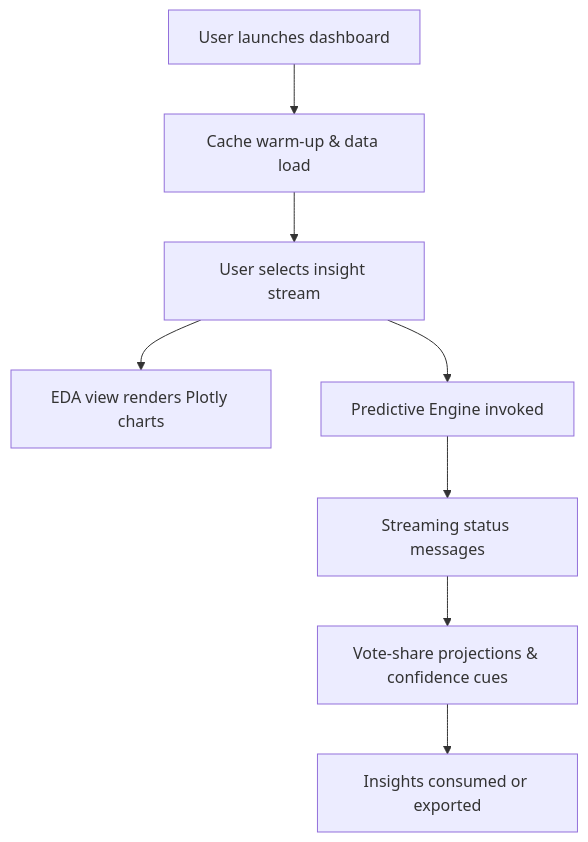
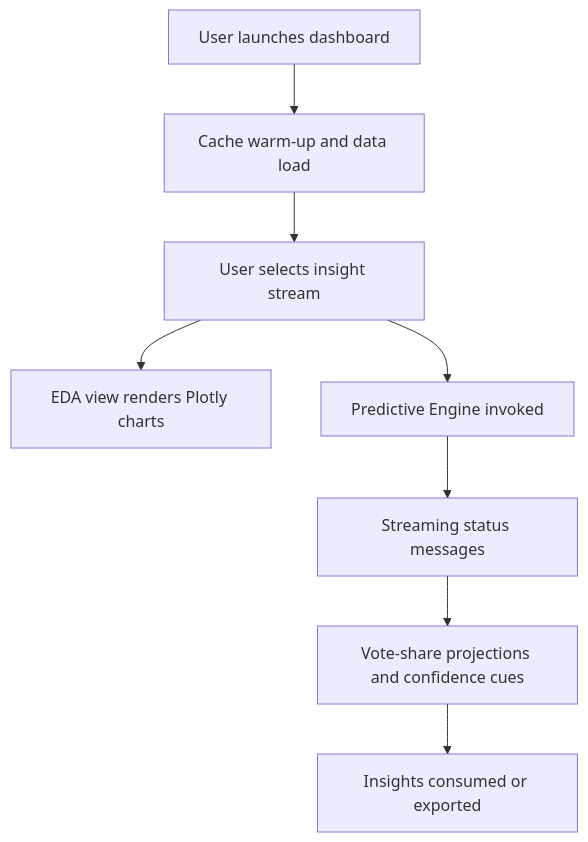
One commit to Dhruvil1308/Khushi_Election-Analysis-Readme.md changed the second of 2 diagrams in README.md. Above: the diagram before and after it, drawn with Mermaid. The commit also changed other lines of this file, not shown here.

Commit message:
Refine flowchart labels in README.md
Updated flowchart labels for clarity and consistency.

````diff
--- a/README.md
+++ b/README.md
@@ -144,10 +144,10 @@
 ```mermaid
 flowchart TD
-    start[User launches dashboard] --> cache[Cache warm-up & data load]
+    start["User launches dashboard"] --> cache["Cache warm-up and data load"]
     cache --> nav[User selects insight stream]
-    nav --> eda[EDA view renders Plotly charts]
-    nav --> predict[Predictive Engine invoked]
-    predict --> status[Streaming status messages]
-    status --> results[Vote-share projections & confidence cues]
-    results --> export[Insights consumed or exported]
+    nav --> eda["EDA view renders Plotly charts"]
+    nav --> predict["Predictive Engine invoked"]
+    predict --> status["Streaming status messages"]
+    status --> results["Vote-share projections and confidence cues"]
+    results --> export["Insights consumed or exported"]
 ```
````
